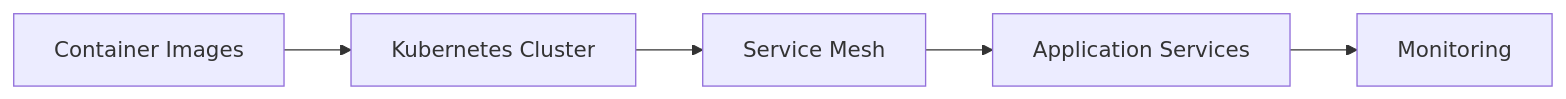
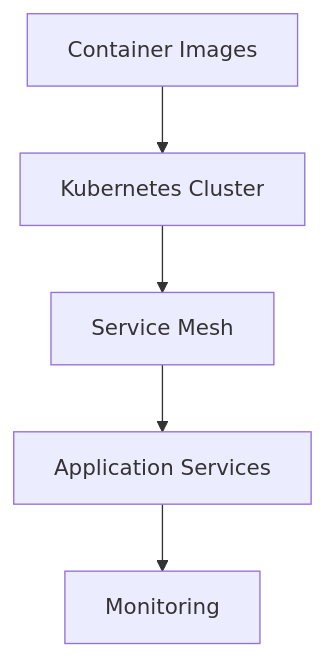
Before and after one commit to Geonitab/architecture_as_code: the diagram in docs/images/diagram_12_chapter10.mmd, drawn with Mermaid. The commit also changed 1 other file, not shown here.

Commit message:
Make chapter 10 diagrams vertical

```diff
--- a/docs/images/diagram_12_chapter10.mmd
+++ b/docs/images/diagram_12_chapter10.mmd
@@ -1,5 +1,5 @@
-graph LR
+graph TB
     A[Container Images]:::kv-primary --> B[Kubernetes Cluster]:::kv-highlight
     B --> C[Service Mesh]:::kv-accent
     C --> D[Application Services]:::kv-accent
     D --> E[Monitoring]:::kv-primary
```
